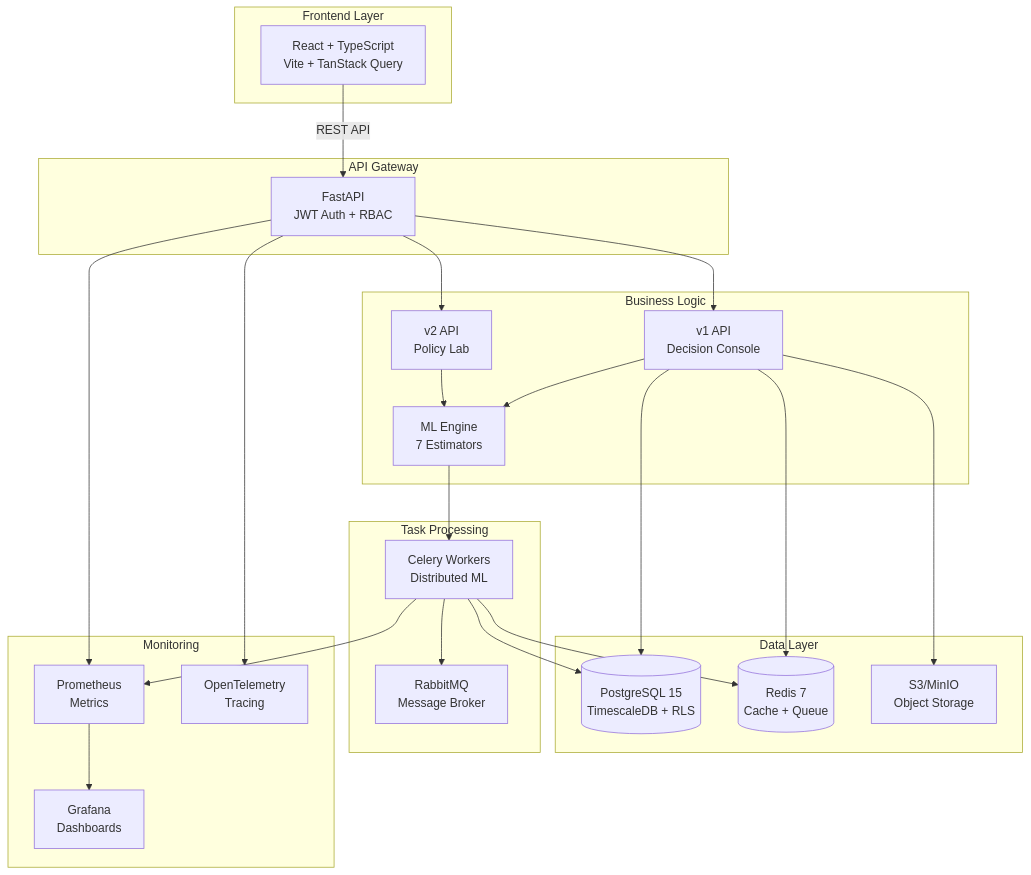
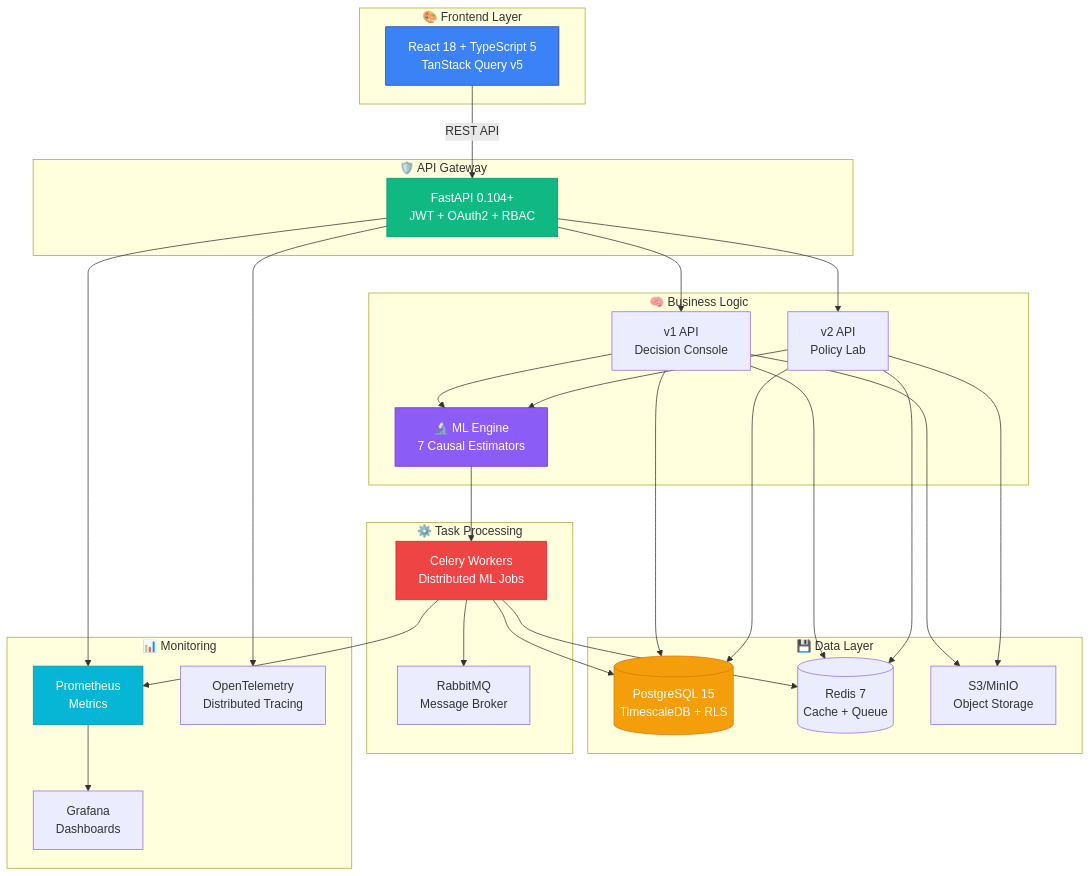
Before and after one commit to onodera22ten/CQOx_gen: the diagram in README.md, drawn with Mermaid. The commit also changed other lines of this file, not shown here.

````diff
--- a/README.md
+++ b/README.md
@@ -269,50 +462,51 @@
 ```mermaid
 graph TB
-    subgraph "Frontend Layer"
-        A[React + TypeScript<br/>Vite + TanStack Query]
+    subgraph "🎨 Frontend Layer"
+        A[React 18 + TypeScript 5<br/>TanStack Query v5]
     end
 
-    subgraph "API Gateway"
-        B[FastAPI<br/>JWT Auth + RBAC]
+    subgraph "🛡️ API Gateway"
+        B[FastAPI 0.104+<br/>JWT + OAuth2 + RBAC]
     end
 
-    subgraph "Business Logic"
+    subgraph "🧠 Business Logic"
         C1[v1 API<br/>Decision Console]
         C2[v2 API<br/>Policy Lab]
-        C3[ML Engine<br/>7 Estimators]
+        C3[🔬 ML Engine<br/>7 Causal Estimators]
     end
 
-    subgraph "Data Layer"
+    subgraph "💾 Data Layer"
         D1[(PostgreSQL 15<br/>TimescaleDB + RLS)]
         D2[(Redis 7<br/>Cache + Queue)]
         D3[S3/MinIO<br/>Object Storage]
     end
 
-    subgraph "Task Processing"
-        E1[Celery Workers<br/>Distributed ML]
+    subgraph "⚙️ Task Processing"
+        E1[Celery Workers<br/>Distributed ML Jobs]
         E2[RabbitMQ<br/>Message Broker]
     end
 
-    subgraph "Monitoring"
+    subgraph "📊 Monitoring"
         F1[Prometheus<br/>Metrics]
         F2[Grafana<br/>Dashboards]
-        F3[OpenTelemetry<br/>Tracing]
+        F3[OpenTelemetry<br/>Distributed Tracing]
     end
 
     A -->|REST API| B
-    B --> C1
-    B --> C2
-    C1 --> C3
-    C2 --> C3
+    B --> C1 & C2
+    C1 & C2 --> C3
     C3 --> E1
     E1 --> E2
-    C1 --> D1
-    C1 --> D2
-    C1 --> D3
-    E1 --> D1
-    E1 --> D2
-    B --> F1
+    C1 & C2 --> D1 & D2 & D3
+    E1 --> D1 & D2
+    B --> F1 & F3
     E1 --> F1
     F1 --> F2
-    B --> F3
+
+    style A fill:#3b82f6,stroke:#1e40af,color:#fff
+    style B fill:#10b981,stroke:#059669,color:#fff
+    style C3 fill:#8b5cf6,stroke:#6d28d9,color:#fff
+    style D1 fill:#f59e0b,stroke:#d97706,color:#fff
+    style E1 fill:#ef4444,stroke:#dc2626,color:#fff
+    style F1 fill:#06b6d4,stroke:#0891b2,color:#fff
 ```
````
